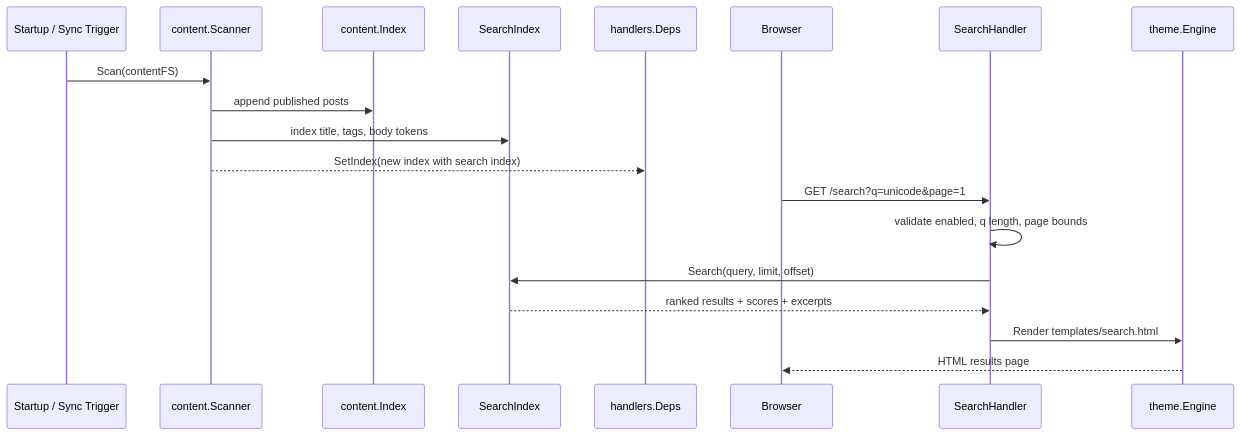
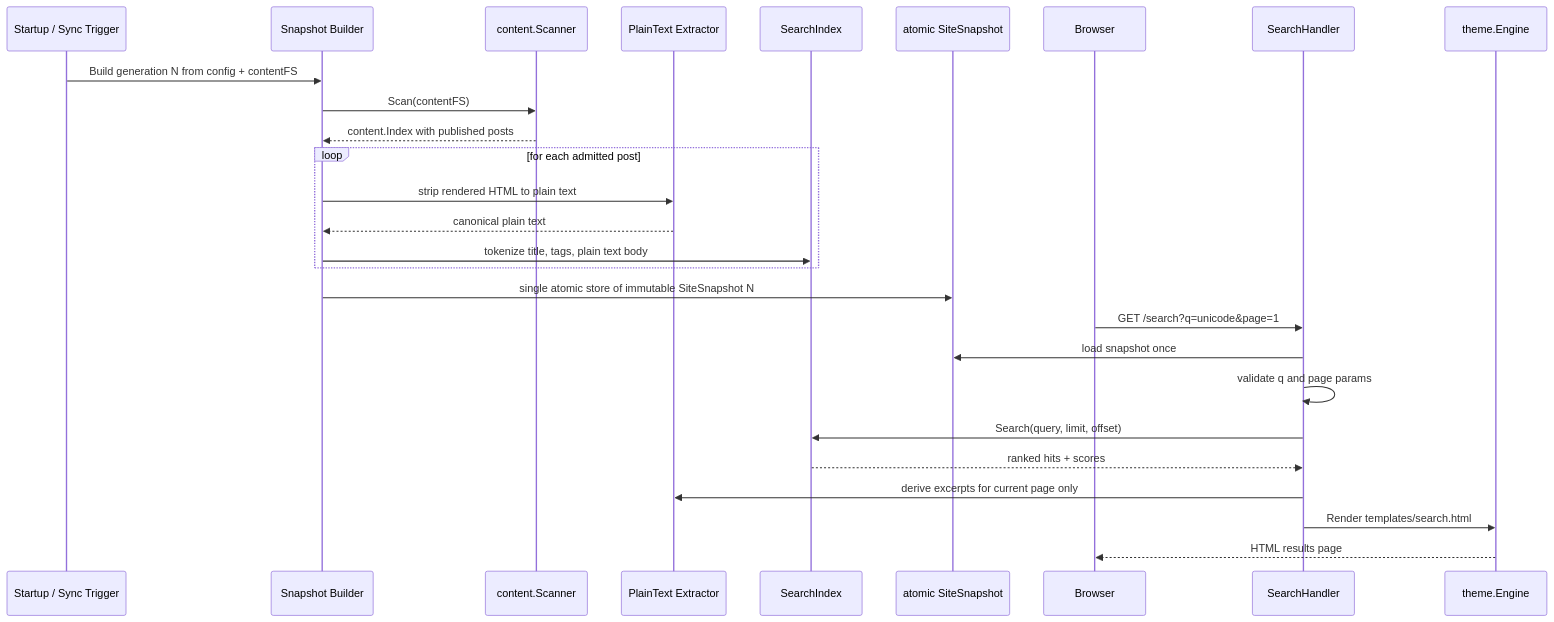
The second of 4 diagrams in docs/engineering/design/001-full-text-search.md (khaines/blogflow), drawn with Mermaid before and after one commit. The commit also changed other lines of this file, not shown here.

Commit message:
docs(design): harden full-text-search spec per review (#129)

````diff
--- a/docs/engineering/design/001-full-text-search.md
+++ b/docs/engineering/design/001-full-text-search.md
@@ -90,22 +90,30 @@
 ```mermaid
 sequenceDiagram
     participant Sync as Startup / Sync Trigger
+    participant Builder as Snapshot Builder
     participant Scanner as content.Scanner
-    participant CIdx as content.Index
+    participant Plain as PlainText Extractor
     participant SIdx as SearchIndex
-    participant Deps as handlers.Deps
+    participant Snap as atomic SiteSnapshot
     participant Client as Browser
     participant Handler as SearchHandler
     participant Theme as theme.Engine
 
-    Sync->>Scanner: Scan(contentFS)
-    Scanner->>CIdx: append published posts
-    Scanner->>SIdx: index title, tags, body tokens
-    Scanner-->>Deps: SetIndex(new index with search index)
+    Sync->>Builder: Build generation N from config + contentFS
+    Builder->>Scanner: Scan(contentFS)
+    Scanner-->>Builder: content.Index with published posts
+    loop for each admitted post
+        Builder->>Plain: strip rendered HTML to plain text
+        Plain-->>Builder: canonical plain text
+        Builder->>SIdx: tokenize title, tags, plain text body
+    end
+    Builder->>Snap: single atomic store of immutable SiteSnapshot N
     Client->>Handler: GET /search?q=unicode&page=1
-    Handler->>Handler: validate enabled, q length, page bounds
+    Handler->>Snap: load snapshot once
+    Handler->>Handler: validate q and page params
     Handler->>SIdx: Search(query, limit, offset)
-    SIdx-->>Handler: ranked results + scores + excerpts
+    SIdx-->>Handler: ranked hits + scores
+    Handler->>Plain: derive excerpts for current page only
     Handler->>Theme: Render templates/search.html
     Theme-->>Client: HTML results page
 ```
````
